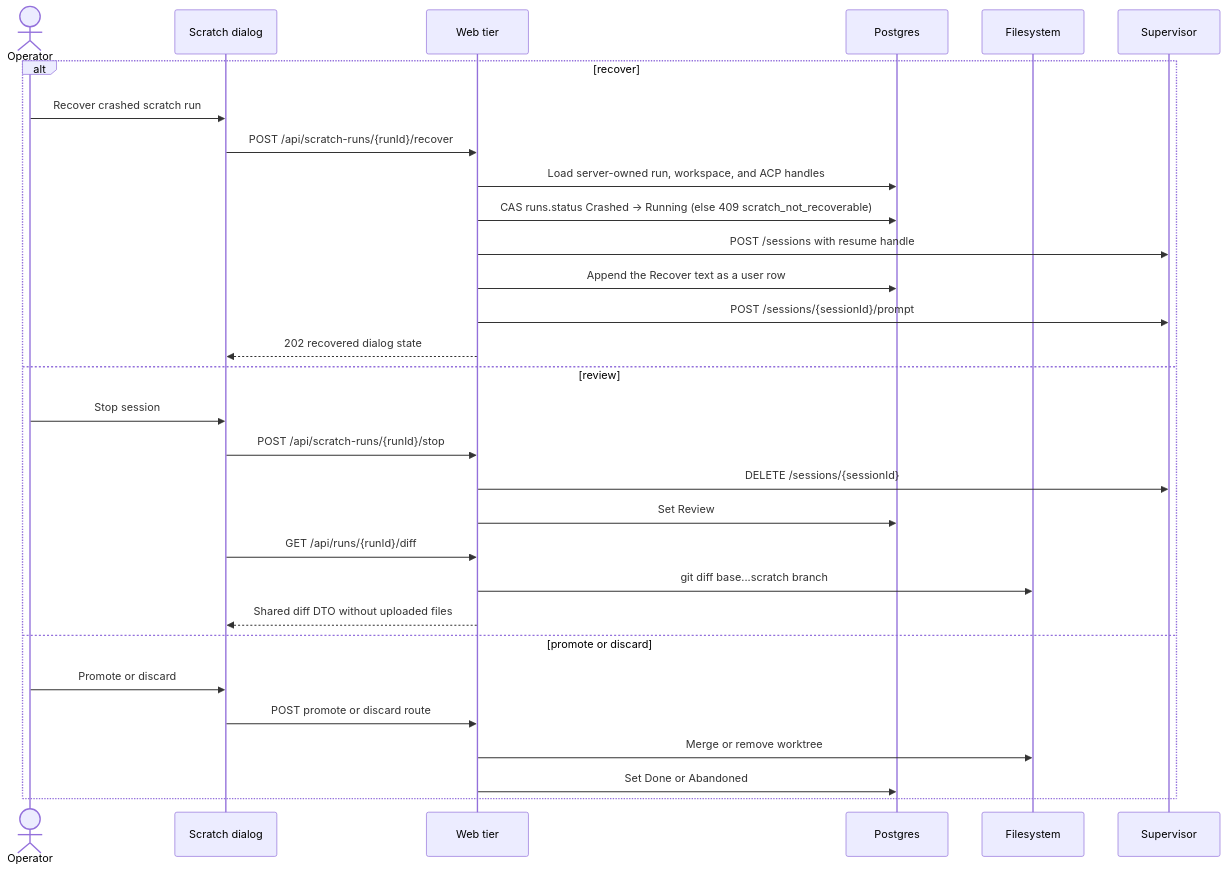
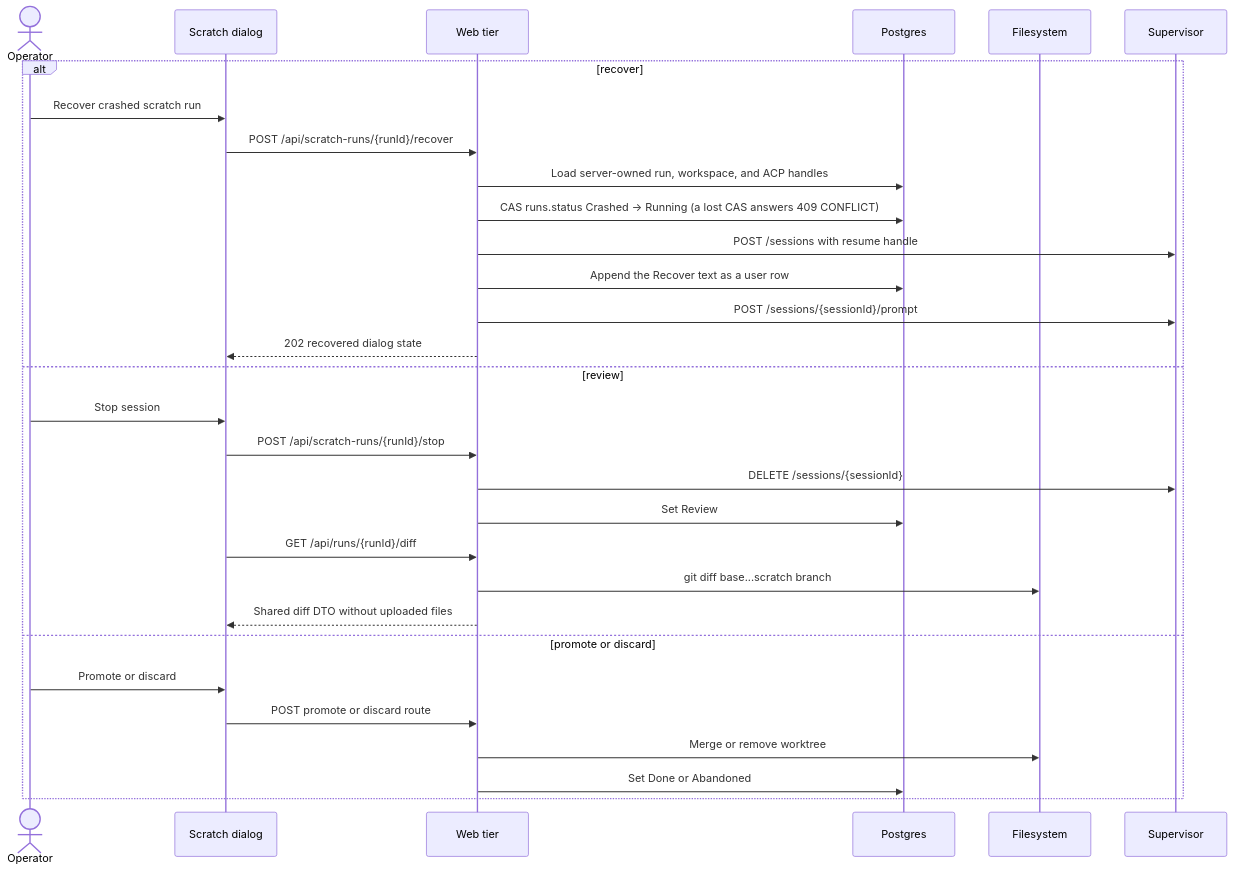
Before and after one commit to maister-dev/maister: the fifth of 6 diagrams in docs/system-analytics/scratch-runs.md, drawn with Mermaid. The commit also changed other lines of this file and 19 other files, not shown here.

````diff
--- a/docs/system-analytics/scratch-runs.md
+++ b/docs/system-analytics/scratch-runs.md
@@ -349,33 +349,33 @@
 ```mermaid
 sequenceDiagram
     actor U as Operator
     participant UI as Scratch dialog
     participant W as Web tier
     participant DB as Postgres
     participant FS as Filesystem
     participant SV as Supervisor
 
     alt recover
         U->>UI: Recover crashed scratch run
         UI->>W: POST /api/scratch-runs/{runId}/recover
         W->>DB: Load server-owned run, workspace, and ACP handles
-        W->>DB: CAS runs.status Crashed -> Running (else 409 scratch_not_recoverable)
+        W->>DB: CAS runs.status Crashed -> Running (a lost CAS answers 409 CONFLICT)
         W->>SV: POST /sessions with resume handle
         W->>DB: Append the Recover text as a user row
         W->>SV: POST /sessions/{sessionId}/prompt
         W-->>UI: 202 recovered dialog state
     else review
         U->>UI: Stop session
         UI->>W: POST /api/scratch-runs/{runId}/stop
         W->>SV: DELETE /sessions/{sessionId}
         W->>DB: Set Review
         UI->>W: GET /api/runs/{runId}/diff
         W->>FS: git diff base...scratch branch
         W-->>UI: Shared diff DTO without uploaded files
     else promote or discard
         U->>UI: Promote or discard
         UI->>W: POST promote or discard route
         W->>FS: Merge or remove worktree
         W->>DB: Set Done or Abandoned
     end
 ```
````
